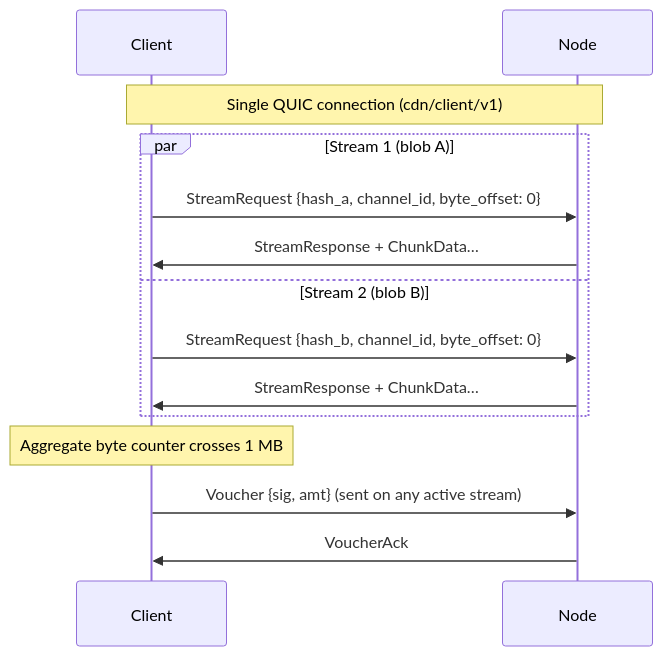
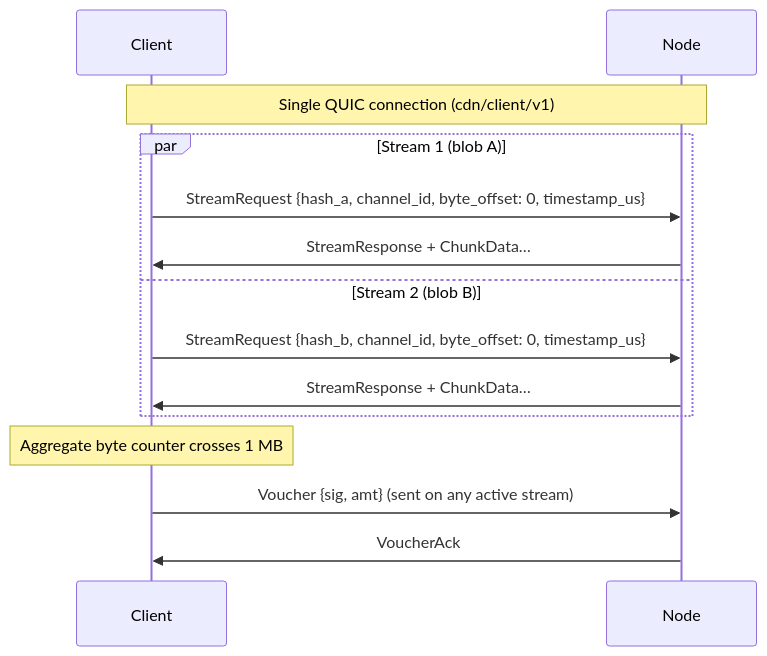
One commit to decdn/decdn changed the fourth of 4 diagrams in adr/005-protocol.md. Above: the diagram before and after it, drawn with Mermaid. The commit also changed other lines of this file and 2 other files, not shown here.

````diff
--- a/adr/005-protocol.md
+++ b/adr/005-protocol.md
@@ -127,19 +127,19 @@
 ```mermaid
 sequenceDiagram
     participant C as Client
     participant N as Node
 
     Note over C,N: Single QUIC connection (cdn/client/v1)
 
     par Stream 1 (blob A)
-        C->>N: StreamRequest {hash_a, channel_id, byte_offset: 0}
+        C->>N: StreamRequest {hash_a, channel_id, byte_offset: 0, timestamp_us}
         N->>C: StreamResponse + ChunkData…
     and Stream 2 (blob B)
-        C->>N: StreamRequest {hash_b, channel_id, byte_offset: 0}
+        C->>N: StreamRequest {hash_b, channel_id, byte_offset: 0, timestamp_us}
         N->>C: StreamResponse + ChunkData…
     end
 
     Note over C: Aggregate byte counter crosses 1 MB
     C->>N: Voucher {sig, amt} (sent on any active stream)
     N->>C: VoucherAck
 ```
````
